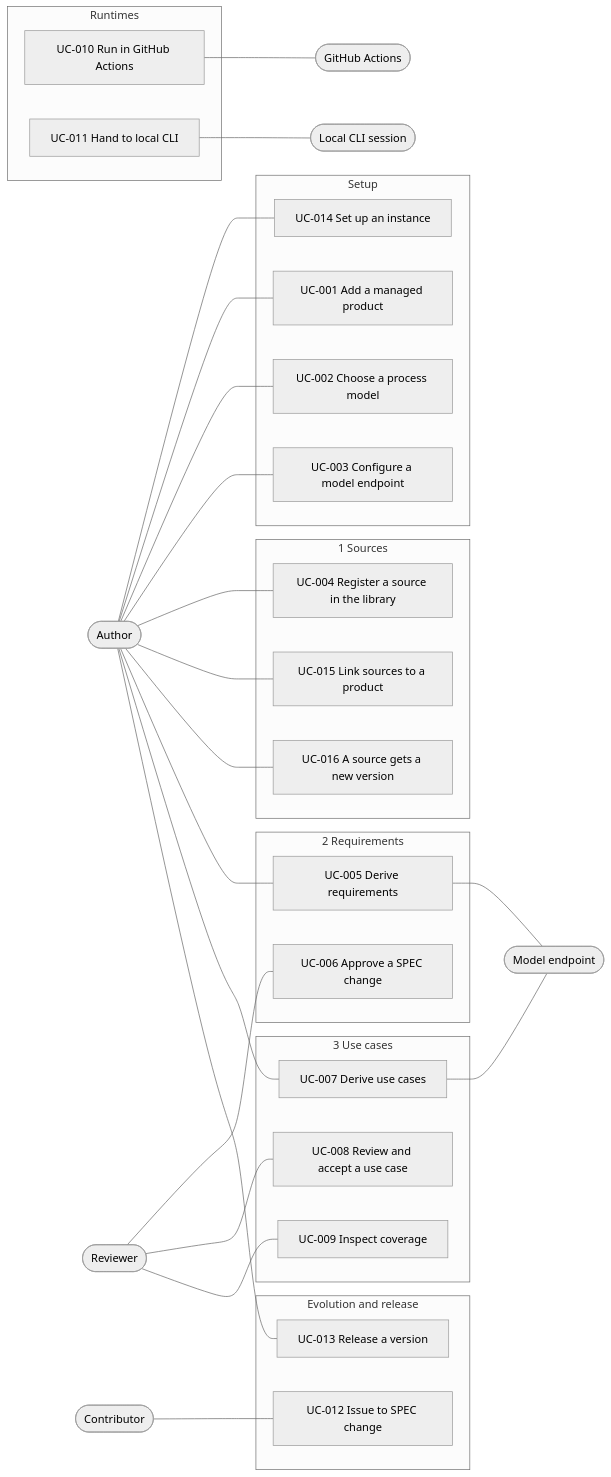
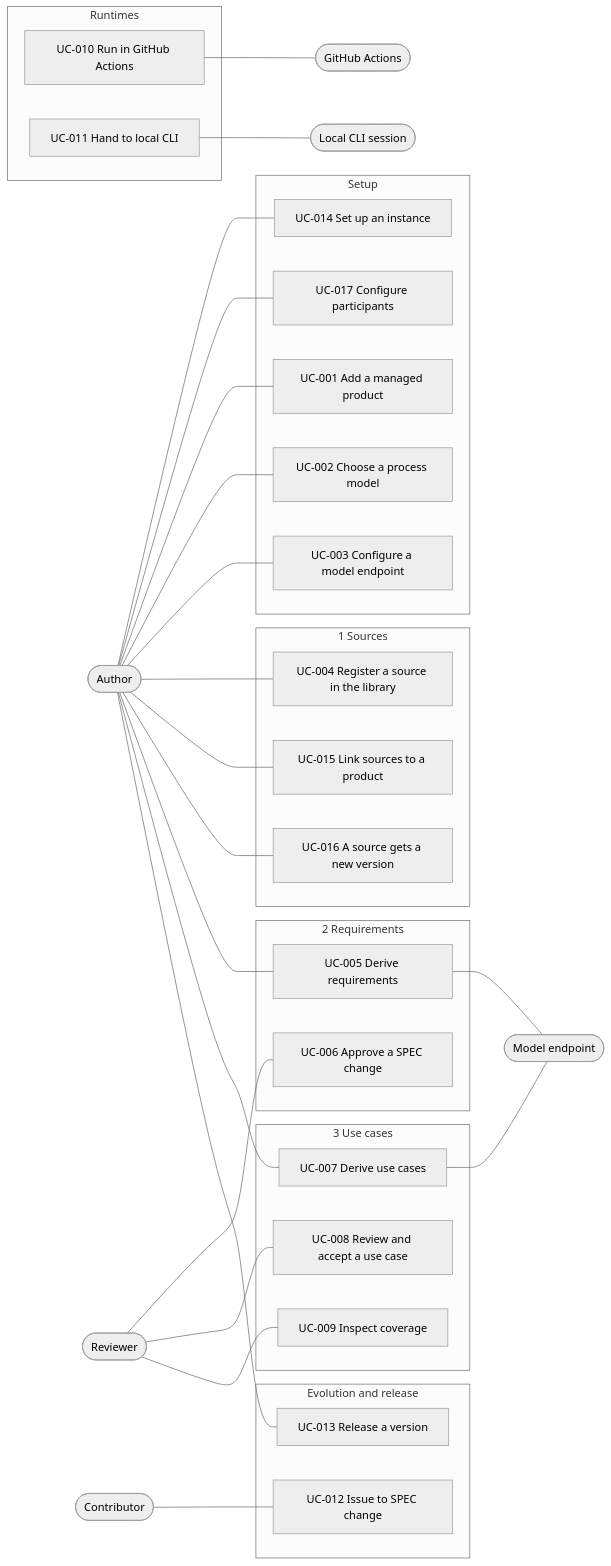
The diagram in docs/use-cases/README.md (akmaier/agent-m), drawn with Mermaid (neutral theme) before and after one commit. The commit also changed 2 other files, not shown here.

Commit message:
docs(use-cases): participants — people and agents configured once (UC-017), assigned by role (UC-002)
Follows SPEC queue 2026-09-24e (use cases go to main as open):
- UC-017 new: Configure the participants of the instance — five types (person, model endpoint, CI
  agent, CLI agent, sandboxed agent in VM/container), capabilities, processing place, bridge test;
  no key in docs/participants.md
- UC-002 step 4: roles name the capabilities they need; only participants that have them are
  offered; several per role where allowed; where each processes data is shown
UC-001 and UC-003 (accepted) untouched.

Claude-Session: https://claude.ai/code/session_01X3VBAHZRa8YhDQWqMK7WQY

````diff
--- a/docs/use-cases/README.md
+++ b/docs/use-cases/README.md
@@ -10,45 +10,46 @@
 ```mermaid
 flowchart LR
     Author([Author])
     Reviewer([Reviewer])
     Contributor([Contributor])
     Endpoint([Model endpoint])
     Actions([GitHub Actions])
     CLI([Local CLI session])
 
     subgraph setup [Setup]
         UC001[UC-001 Add a managed product]
         UC002[UC-002 Choose a process model]
         UC003[UC-003 Configure a model endpoint]
         UC014[UC-014 Set up an instance]
+        UC017[UC-017 Configure participants]
     end
     subgraph s1 [1 Sources]
         UC004[UC-004 Register a source in the library]
         UC015[UC-015 Link sources to a product]
         UC016[UC-016 A source gets a new version]
     end
     subgraph s2 [2 Requirements]
         UC005[UC-005 Derive requirements]
         UC006[UC-006 Approve a SPEC change]
     end
     subgraph s3 [3 Use cases]
         UC007[UC-007 Derive use cases]
         UC008[UC-008 Review and accept a use case]
         UC009[UC-009 Inspect coverage]
     end
     subgraph rt [Runtimes]
         UC010[UC-010 Run in GitHub Actions]
         UC011[UC-011 Hand to local CLI]
     end
     subgraph evo [Evolution and release]
         UC012[UC-012 Issue to SPEC change]
         UC013[UC-013 Release a version]
     end
 
-    Author --- UC014 & UC001 & UC002 & UC003 & UC004 & UC015 & UC016 & UC005 & UC007 & UC013
+    Author --- UC014 & UC017 & UC001 & UC002 & UC003 & UC004 & UC015 & UC016 & UC005 & UC007 & UC013
     Reviewer --- UC006 & UC008 & UC009
     Contributor --- UC012
     UC005 & UC007 --- Endpoint
     UC010 --- Actions
     UC011 --- CLI
 ```
````
